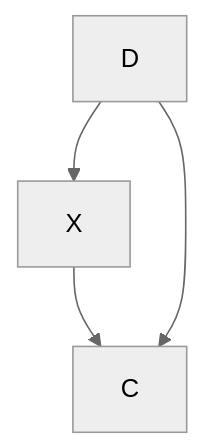
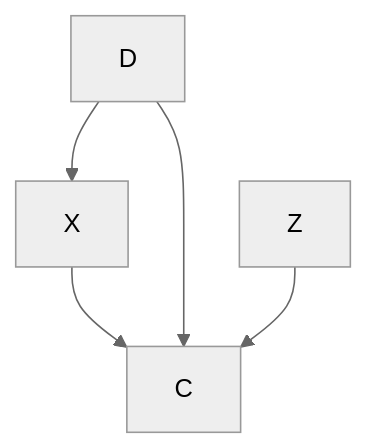
Before and after one commit to cmcntsh/StatBayesAnalysisChecklist: the third of 3 diagrams in README.md, drawn with Mermaid (neutral theme).

Commit message:
Update mermaid graph direction and connections

````diff
--- a/README.md
+++ b/README.md
@@ -24,7 +24,11 @@
 ```mermaid
 graph TD
     X --> C
-    D --> X & C
+    direction BT
+        D --> X
+    D --> C
+    direction BT
+        Z-->C
     
 
 ```
````
